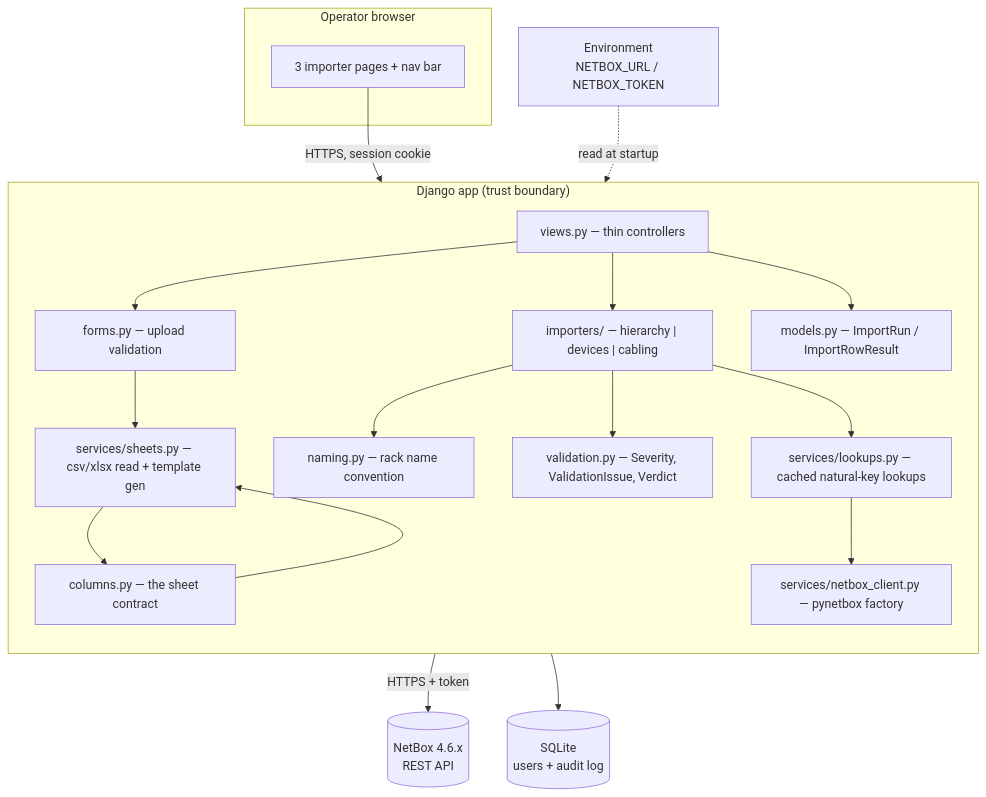
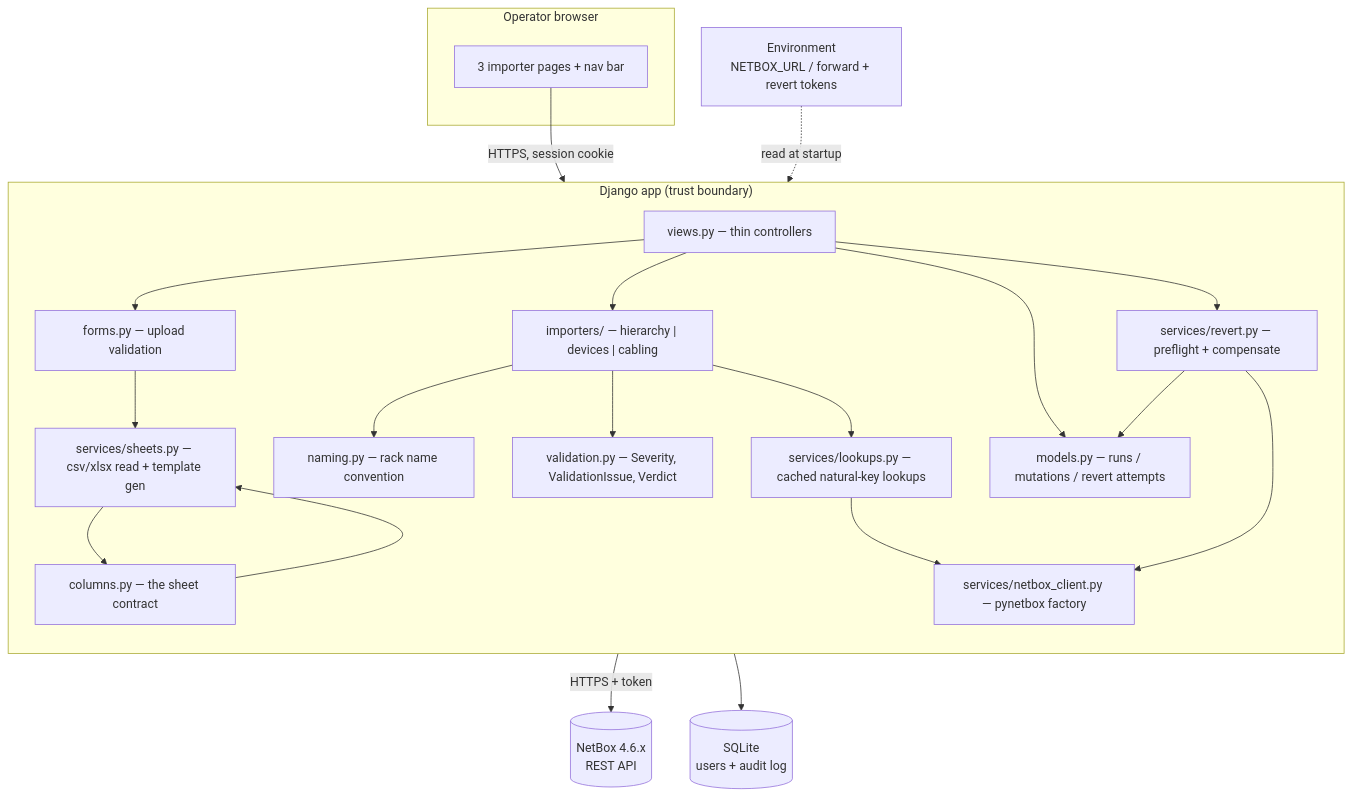
The first of 4 diagrams in .kiro/specs/netbox-bulk-provisioning/design.md (kangxin-liu/netbox-tool-kits), drawn with Mermaid before and after one commit. The commit also changed other lines of this file and 56 other files, not shown here.

````diff
--- a/.kiro/specs/netbox-bulk-provisioning/design.md
+++ b/.kiro/specs/netbox-bulk-provisioning/design.md
@@ -51,36 +63,40 @@
 ```mermaid
 flowchart TB
     subgraph Browser["Operator browser"]
         UI["3 importer pages + nav bar"]
     end
 
     subgraph App["Django app (trust boundary)"]
         direction TB
         V["views.py — thin controllers"]
         F["forms.py — upload validation"]
         S["services/sheets.py — csv/xlsx read + template gen"]
         C["columns.py — the sheet contract"]
         N["naming.py — rack name convention"]
         VAL["validation.py — Severity, ValidationIssue, Verdict"]
         I["importers/ — hierarchy | devices | cabling"]
         L["services/lookups.py — cached natural-key lookups"]
         K["services/netbox_client.py — pynetbox factory"]
-        M["models.py — ImportRun / ImportRowResult"]
+        M["models.py — runs / mutations / revert attempts"]
+        R["services/revert.py — preflight + compensate"]
     end
 
     DB[("SQLite\nusers + audit log")]
     NB[("NetBox 4.6.x\nREST API")]
-    ENV["Environment\nNETBOX_URL / NETBOX_TOKEN"]
+    ENV["Environment\nNETBOX_URL / forward + revert tokens"]
 
     UI -->|"HTTPS, session cookie"| V
     V --> F --> S
     S --> C
     C --> S
     V --> I
+    V --> R
     I --> N
     I --> VAL
     I --> L --> K
     K -->|"HTTPS + token"| NB
     V --> M --> DB
+    R --> M
+    R --> K
     ENV -.->|"read at startup"| K
 ```
````
